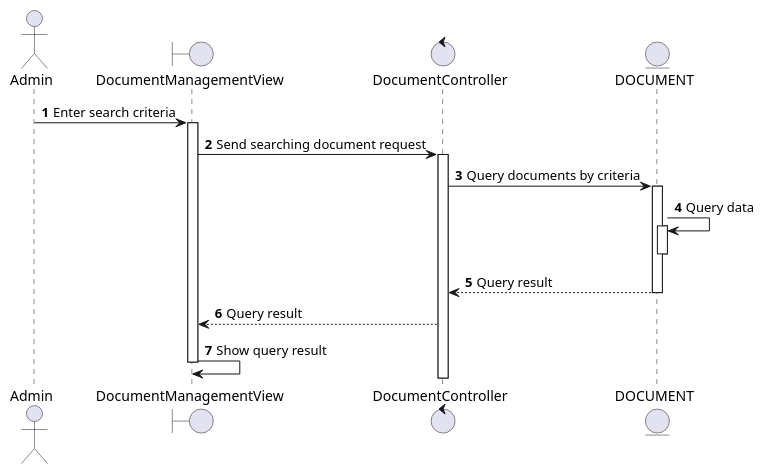
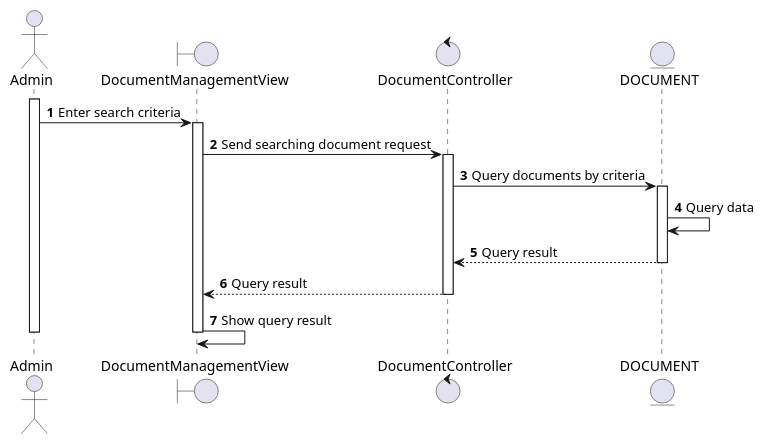
One commit to electricilies/electricilies.github.io changed the diagram in docs/docs/sequence/adjust-document/search-document.md. Above: the diagram before and after it, drawn with PlantUML. The commit also changed 22 other files, not shown here.

````diff
--- a/docs/docs/sequence/adjust-document/search-document.md
+++ b/docs/docs/sequence/adjust-document/search-document.md
@@ -3,27 +3,28 @@
 ```plantuml
 @startuml
 autonumber
 
 actor Admin as A
 boundary DocumentManagementView as DMV
 control DocumentController as DC
 entity DOCUMENT as D
 
+activate A
 A -> DMV: Enter search criteria
 activate DMV
 DMV -> DC: Send searching document request
 activate DC
 DC -> D: Query documents by criteria
 activate D
 D -> D: Query data
-activate D
-deactivate D
 DC <-- D: Query result
 deactivate D
 DMV <-- DC: Query result
+deactivate DC
 DMV -> DMV: Show query result
 
 deactivate DMV
+deactivate A
 
 @enduml
 ```
````
